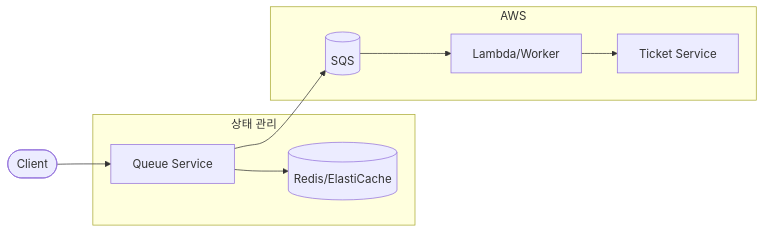
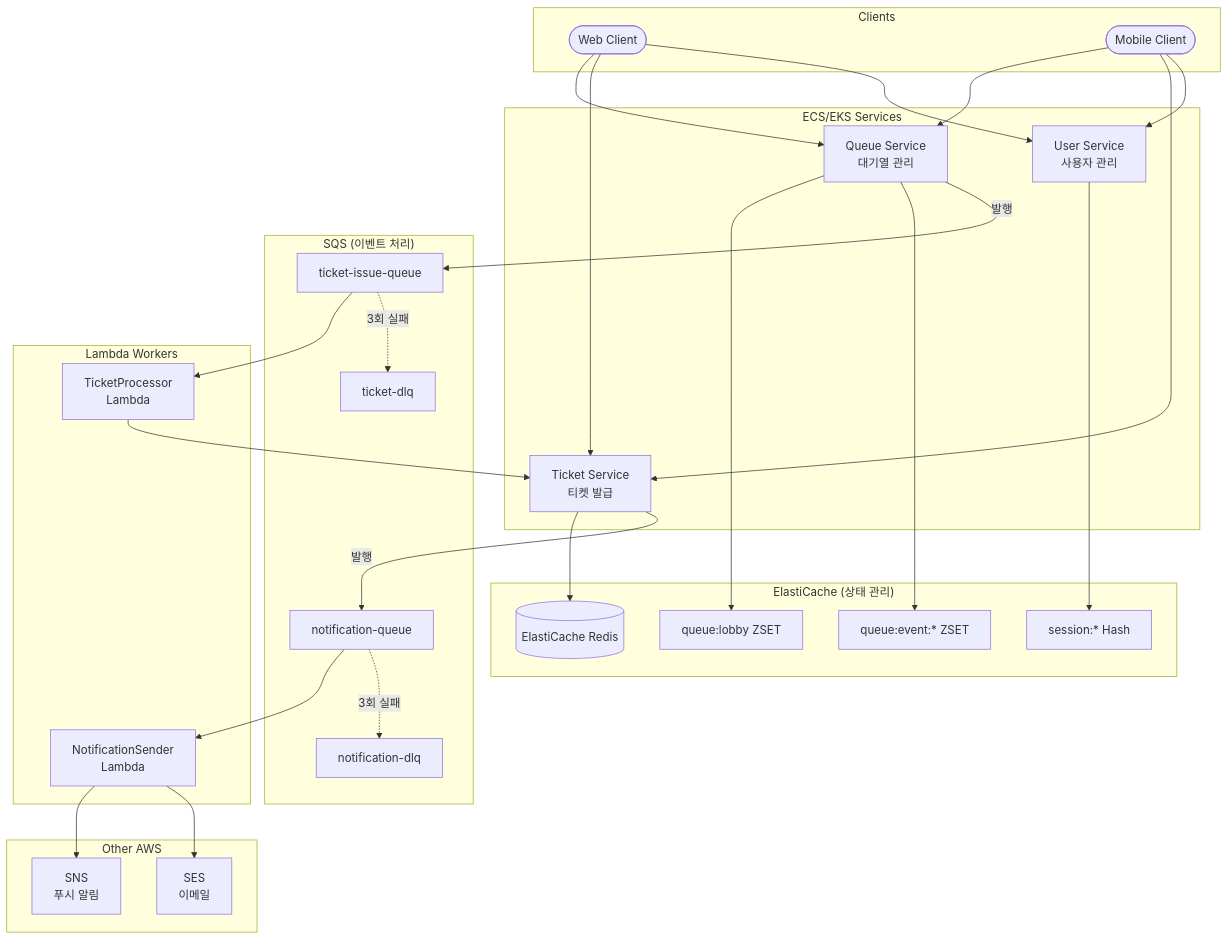
One commit to niceguy61/ticketing_queue_example changed the first of 2 diagrams in guide/03-redis-sqs.md. Above: the diagram before and after it, drawn with Mermaid. The commit also changed other lines of this file and 2 other files, not shown here.

Commit message:
update guide

````diff
--- a/guide/03-redis-sqs.md
+++ b/guide/03-redis-sqs.md
@@ -7,14 +7,52 @@
 ```mermaid
-flowchart LR
-    Client([Client]) --> QS[Queue Service]
-    
-    subgraph "상태 관리"
-        QS --> Redis[(Redis/ElastiCache)]
+flowchart TB
+    subgraph Clients
+        C1([Web Client])
+        C2([Mobile Client])
     end
     
-    subgraph "AWS"
-        QS --> SQS[(SQS)]
-        SQS --> Lambda[Lambda/Worker]
-        Lambda --> TS[Ticket Service]
+    subgraph "ECS/EKS Services"
+        QS[Queue Service<br/>대기열 관리]
+        TS[Ticket Service<br/>티켓 발급]
+        US[User Service<br/>사용자 관리]
     end
+    
+    subgraph "ElastiCache (상태 관리)"
+        Redis[(ElastiCache Redis)]
+        Q1[queue:lobby ZSET]
+        Q2[queue:event:* ZSET]
+        Session[session:* Hash]
+    end
+    
+    subgraph "SQS (이벤트 처리)"
+        TQ[ticket-issue-queue]
+        NQ[notification-queue]
+        TQ_DLQ[ticket-dlq]
+        NQ_DLQ[notification-dlq]
+    end
+    
+    subgraph "Lambda Workers"
+        L1[TicketProcessor<br/>Lambda]
+        L2[NotificationSender<br/>Lambda]
+    end
+    
+    subgraph "Other AWS"
+        SNS[SNS<br/>푸시 알림]
+        SES[SES<br/>이메일]
+    end
+    
+    C1 & C2 --> QS & TS & US
+    
+    QS --> Q1 & Q2
+    TS --> Redis
+    US --> Session
+    
+    QS -->|발행| TQ
+    TS -->|발행| NQ
+    
+    TQ --> L1 --> TS
+    NQ --> L2 --> SNS & SES
+    
+    TQ -.->|3회 실패| TQ_DLQ
+    NQ -.->|3회 실패| NQ_DLQ
 ```
````
